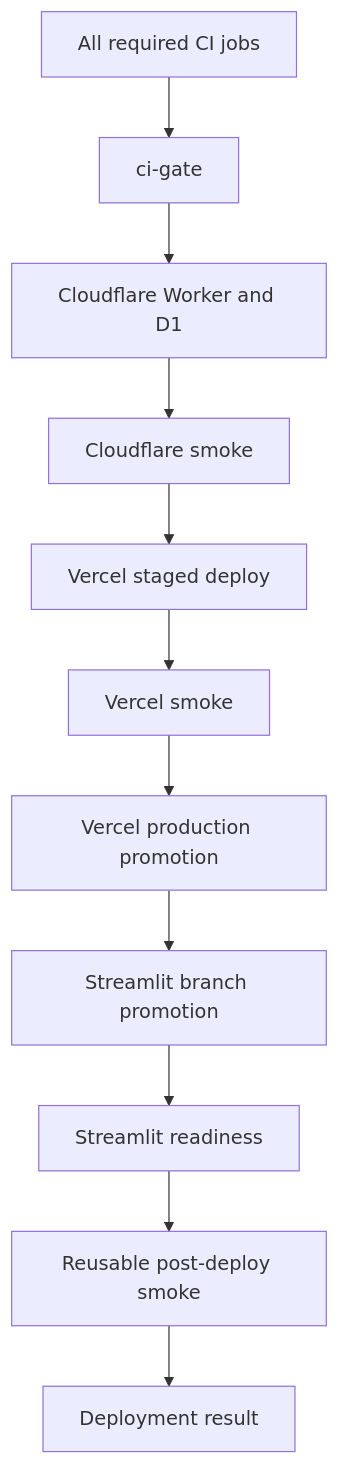
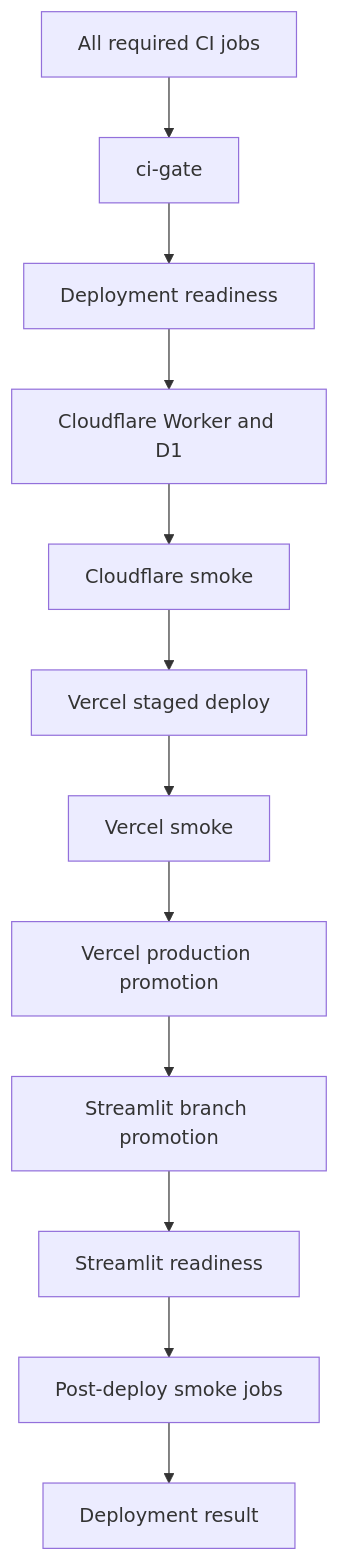
One commit to Thavarshan/enterprise-knowledge-assistant changed the diagram in docs/ci-cd.md. Above: the diagram before and after it, drawn with Mermaid. The commit also changed other lines of this file and 11 other files, not shown here.

````diff
--- a/docs/ci-cd.md
+++ b/docs/ci-cd.md
@@ -25,13 +25,14 @@
 ```mermaid
 flowchart TD
   checks[All required CI jobs] --> gate[ci-gate]
-  gate --> cf[Cloudflare Worker and D1]
+  gate --> readiness[Deployment readiness]
+  readiness --> cf[Cloudflare Worker and D1]
   cf --> cfs[Cloudflare smoke]
   cfs --> vs[Vercel staged deploy]
   vs --> vss[Vercel smoke]
   vss --> vp[Vercel production promotion]
   vp --> sp[Streamlit branch promotion]
   sp --> sr[Streamlit readiness]
-  sr --> ps[Reusable post-deploy smoke]
+  sr --> ps[Post-deploy smoke jobs]
   ps --> result[Deployment result]
 ```
````
